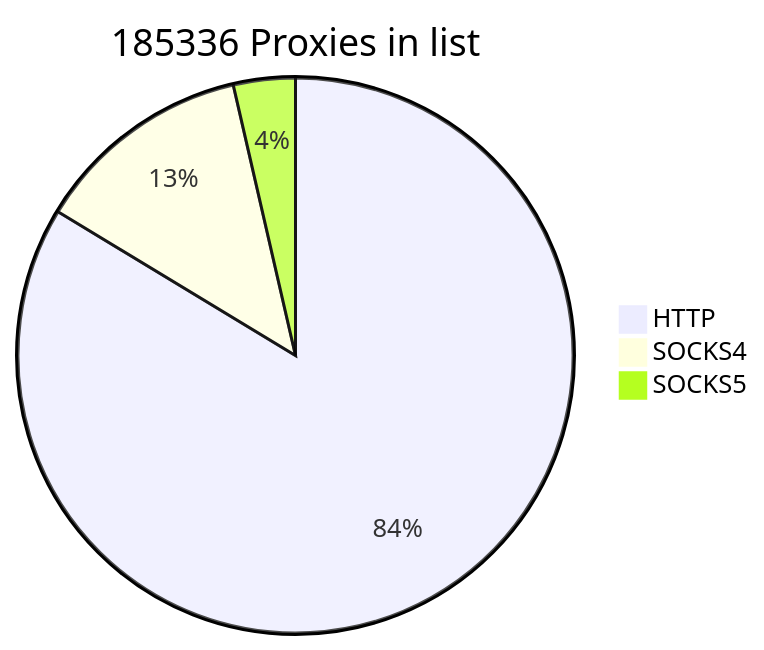
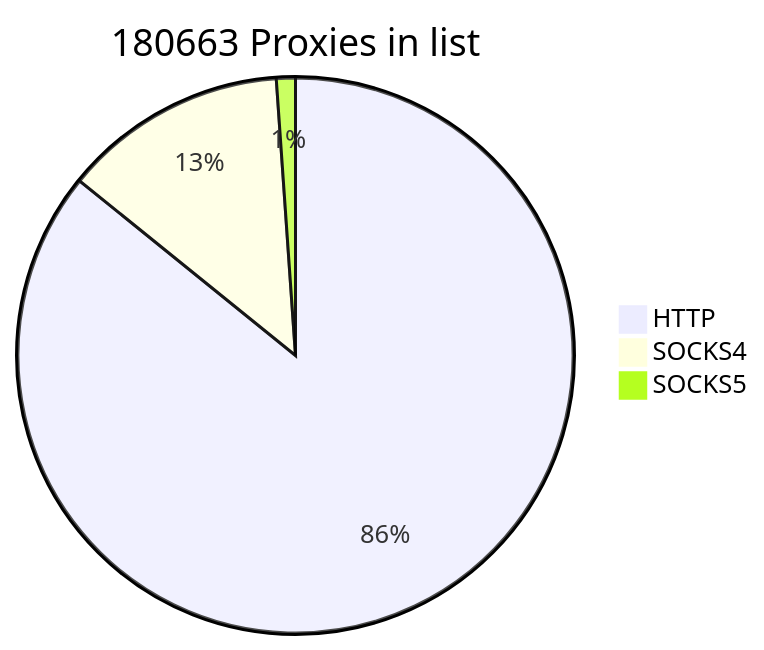
Before and after one commit to cutipu/proxylist: the first of 2 diagrams in README.md, drawn with Mermaid. The commit also changed other lines of this file, not shown here.

````diff
--- a/README.md
+++ b/README.md
@@ -2,7 +2,7 @@
 ```mermaid
-pie title 185336 Proxies in list
+pie title 180663 Proxies in list
     "HTTP" : 155055
     "SOCKS4" : 23611
-    "SOCKS5" : 6670
+    "SOCKS5" : 1997
             
 ```
````
